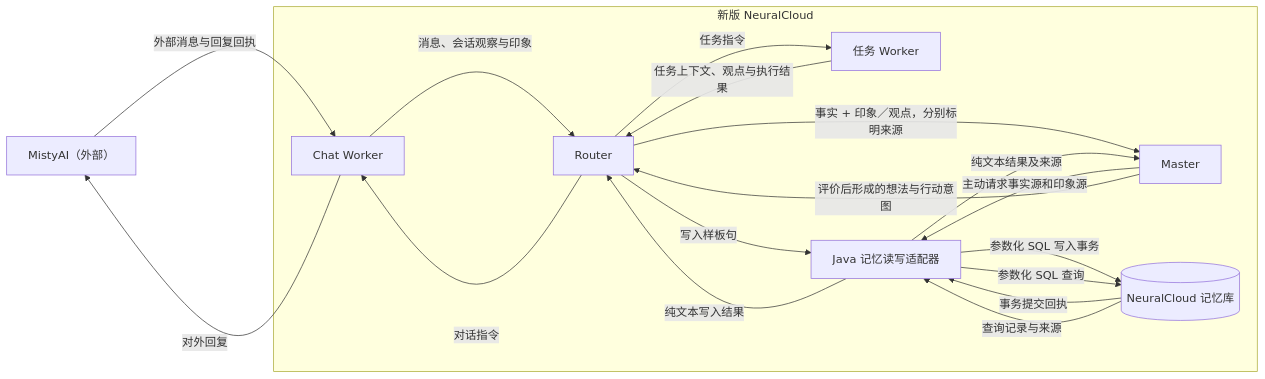
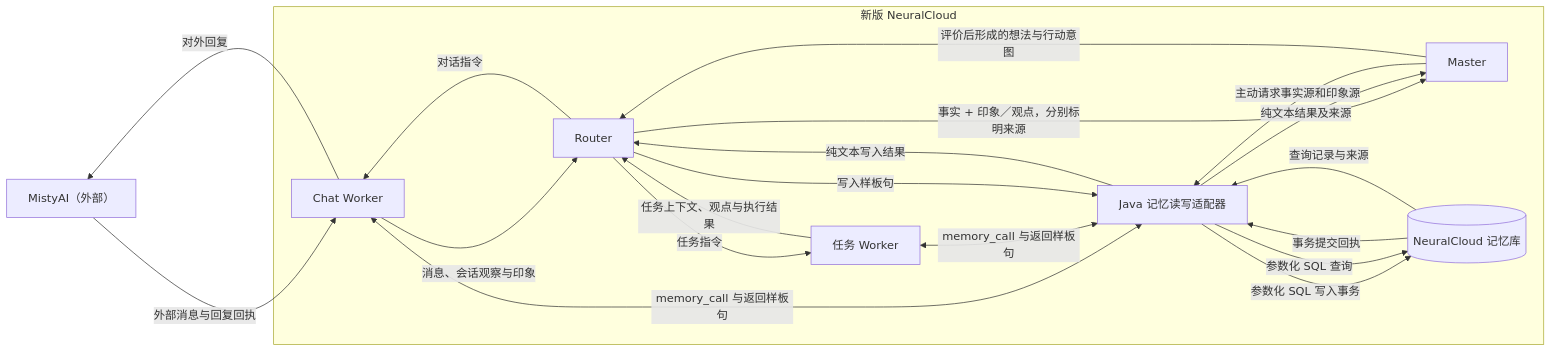
The diagram in docs/proposals/master-worker-router-java-implementation-20261118.md (QiuYuAkiGO/NeuralCloud), drawn with Mermaid before and after one commit. The commit also changed other lines of this file and 16 other files, not shown here.

````diff
--- a/docs/proposals/master-worker-router-java-implementation-20261118.md
+++ b/docs/proposals/master-worker-router-java-implementation-20261118.md
@@ -9,28 +9,30 @@
 ```mermaid
 flowchart LR
     A["MistyAI（外部）"]
     subgraph NC["新版 NeuralCloud"]
         C["Chat Worker"]
         W["任务 Worker"]
         R["Router"]
         M["Master"]
         K["Java 记忆读写适配器"]
         N[("NeuralCloud 记忆库")]
         C -->|"消息、会话观察与印象"| R
         W -->|"任务上下文、观点与执行结果"| R
+        C <-->|"memory_call 与返回样板句"| K
+        W <-->|"memory_call 与返回样板句"| K
         R -->|"写入样板句"| K
         K -->|"参数化 SQL 写入事务"| N
         N -->|"事务提交回执"| K
         K -->|"纯文本写入结果"| R
         R -->|"事实 + 印象／观点，分别标明来源"| M
         M -->|"主动请求事实源和印象源"| K
         K -->|"参数化 SQL 查询"| N
         N -->|"查询记录与来源"| K
         K -->|"纯文本结果及来源"| M
         M -->|"评价后形成的想法与行动意图"| R
         R -->|"对话指令"| C
         R -->|"任务指令"| W
     end
     A -->|"外部消息与回复回执"| C
     C -->|"对外回复"| A
 ```
````
